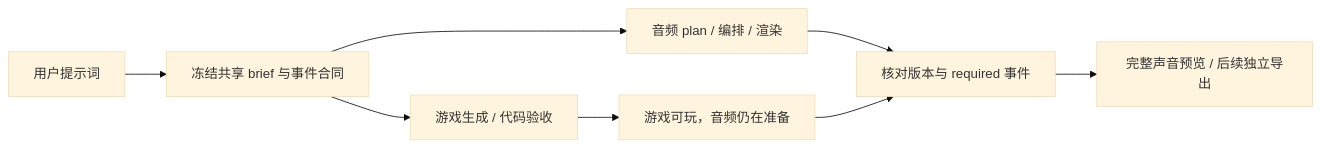
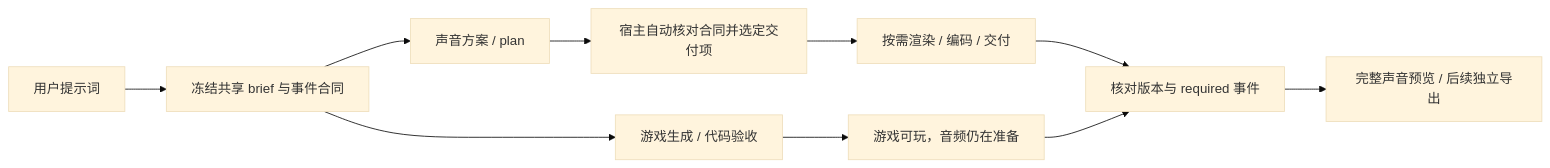
The diagram in docs/GAME-PIPELINE-INTEGRATION.md (hsiaozzz/game-audio-lab), drawn with Mermaid (base theme) before and after one commit. The commit also changed other lines of this file and 4 other files, not shown here.

````diff
--- a/docs/GAME-PIPELINE-INTEGRATION.md
+++ b/docs/GAME-PIPELINE-INTEGRATION.md
@@ -57,10 +60,12 @@
 ```mermaid
 flowchart LR
   U[用户提示词] --> B[冻结共享 brief 与事件合同]
   B --> G[游戏生成 / 代码验收]
-  B --> A[音频 plan / 编排 / 渲染]
+  B --> A[声音方案 / plan]
+  A --> C[宿主自动核对合同并选定交付项]
+  C --> M[按需渲染 / 编码 / 交付]
   G --> P[游戏可玩，音频仍在准备]
-  A --> J[核对版本与 required 事件]
+  M --> J[核对版本与 required 事件]
   P --> J
   J --> R[完整声音预览 / 后续独立导出]
 ```
````
